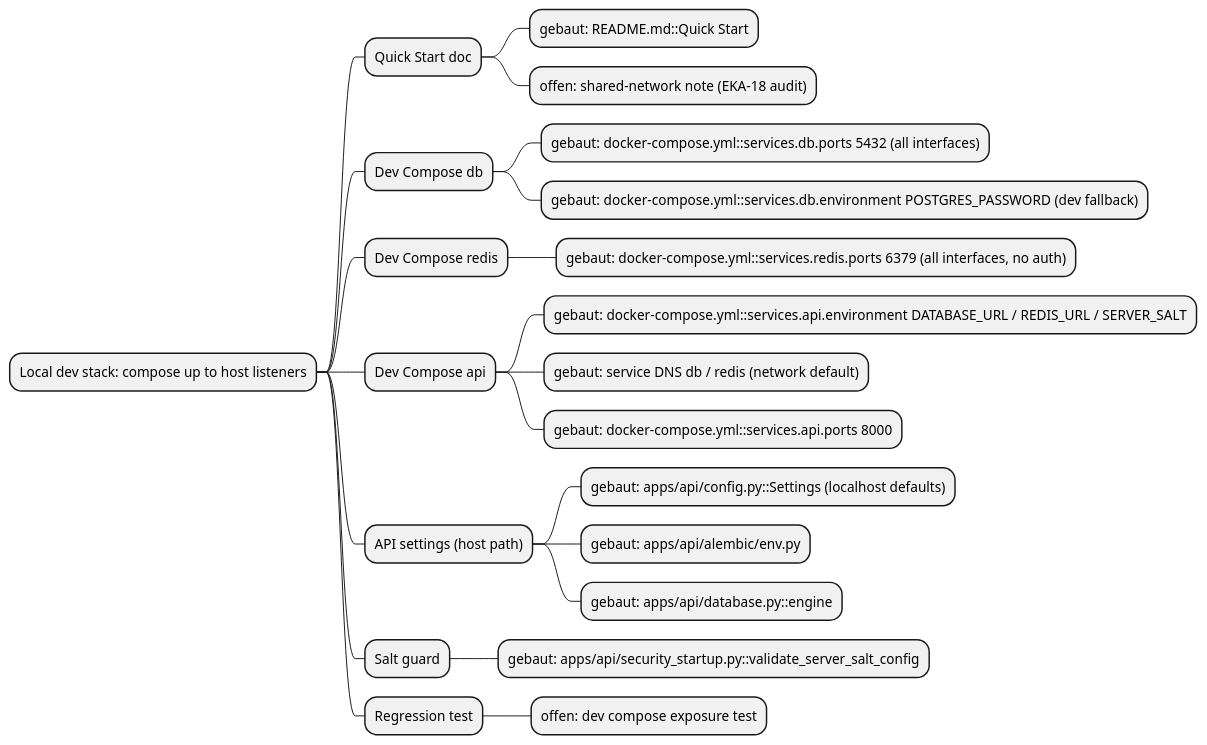
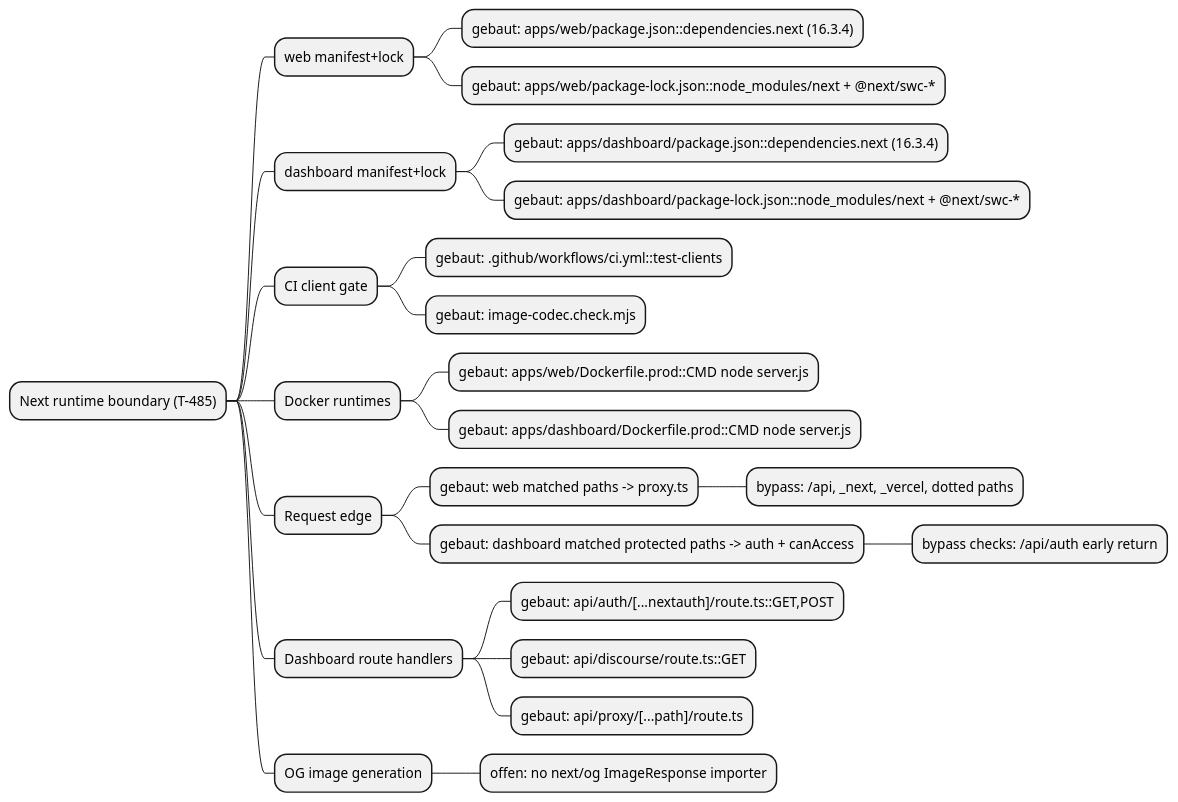
One commit to NeaBouli/pnyx changed the first of 4 diagrams in docs/architecture/map.puml. Above: the diagram before and after it, drawn with PlantUML. The commit also changed other lines of this file and 16 other files, not shown here.

```diff
--- a/docs/architecture/map.puml
+++ b/docs/architecture/map.puml
@@ -1,24 +1,26 @@
 @startmindmap
-' EKA-18 — Local Developer Stack / Compose Exposure Boundary (base 2bfda8e)
-* Local dev stack: compose up to host listeners
-** Quick Start doc
-*** gebaut: README.md::Quick Start
-*** offen: shared-network note (EKA-18 audit)
-** Dev Compose db
-*** gebaut: docker-compose.yml::services.db.ports 5432 (all interfaces)
-*** gebaut: docker-compose.yml::services.db.environment POSTGRES_PASSWORD (dev fallback)
-** Dev Compose redis
-*** gebaut: docker-compose.yml::services.redis.ports 6379 (all interfaces, no auth)
-** Dev Compose api
-*** gebaut: docker-compose.yml::services.api.environment DATABASE_URL / REDIS_URL / SERVER_SALT
-*** gebaut: service DNS db / redis (network default)
-*** gebaut: docker-compose.yml::services.api.ports 8000
-** API settings (host path)
-*** gebaut: apps/api/config.py::Settings (localhost defaults)
-*** gebaut: apps/api/alembic/env.py
-*** gebaut: apps/api/database.py::engine
-** Salt guard
-*** gebaut: apps/api/security_startup.py::validate_server_salt_config
-** Regression test
-*** offen: dev compose exposure test
+* Next runtime boundary (T-485)
+** web manifest+lock
+*** gebaut: apps/web/package.json::dependencies.next (16.3.4)
+*** gebaut: apps/web/package-lock.json::node_modules/next + @next/swc-*
+** dashboard manifest+lock
+*** gebaut: apps/dashboard/package.json::dependencies.next (16.3.4)
+*** gebaut: apps/dashboard/package-lock.json::node_modules/next + @next/swc-*
+** CI client gate
+*** gebaut: .github/workflows/ci.yml::test-clients
+*** gebaut: image-codec.check.mjs
+** Docker runtimes
+*** gebaut: apps/web/Dockerfile.prod::CMD node server.js
+*** gebaut: apps/dashboard/Dockerfile.prod::CMD node server.js
+** Request edge
+*** gebaut: web matched paths -> proxy.ts
+**** bypass: /api, _next, _vercel, dotted paths
+*** gebaut: dashboard matched protected paths -> auth + canAccess
+**** bypass checks: /api/auth early return
+** Dashboard route handlers
+*** gebaut: api/auth/[...nextauth]/route.ts::GET,POST
+*** gebaut: api/discourse/route.ts::GET
+*** gebaut: api/proxy/[...path]/route.ts
+** OG image generation
+*** offen: no next/og ImageResponse importer
 @endmindmap
```
